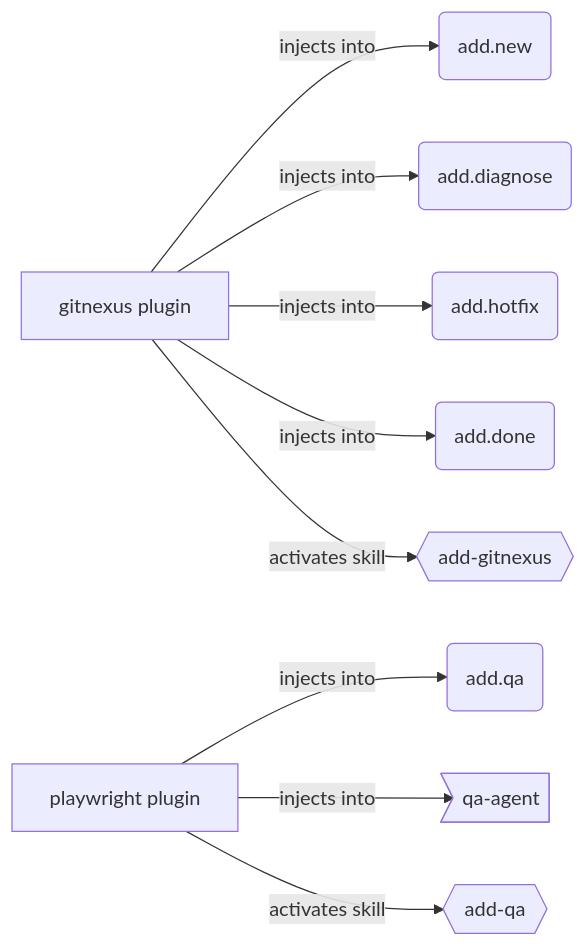
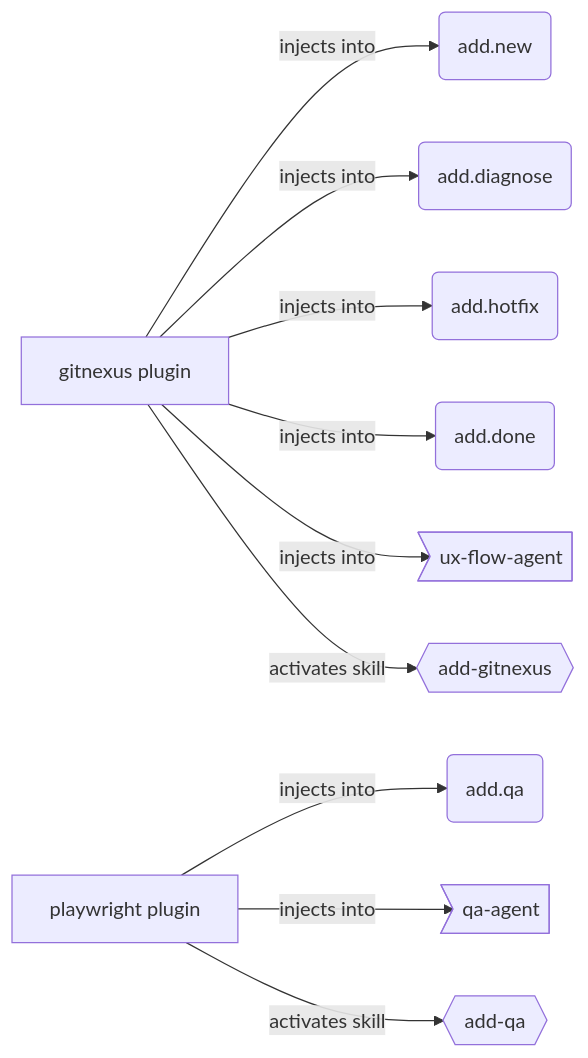
The fourth of 4 diagrams in ecosystem.md (brabos-ai/code-addiction), drawn with Mermaid before and after one commit. The commit also changed other lines of this file and 5 other files, not shown here.

````diff
--- a/ecosystem.md
+++ b/ecosystem.md
@@ -177,22 +203,23 @@
 ```mermaid
 graph LR
   GNX[gitnexus plugin]
   GNX_SK{{add-gitnexus}}
 
   NEW(add.new)
   DIAGNOSE(add.diagnose)
   HOTFIX(add.hotfix)
   DONE(add.done)
+  UXF>ux-flow-agent]
 
-  GNX -->|injects into| NEW & DIAGNOSE & HOTFIX & DONE
+  GNX -->|injects into| NEW & DIAGNOSE & HOTFIX & DONE & UXF
   GNX -->|activates skill| GNX_SK
 
   PW[playwright plugin]
   PW_SK{{add-qa}}
 
   QA(add.qa)
   QAA>qa-agent]
 
   PW -->|injects into| QA & QAA
   PW -->|activates skill| PW_SK
 ```
````
